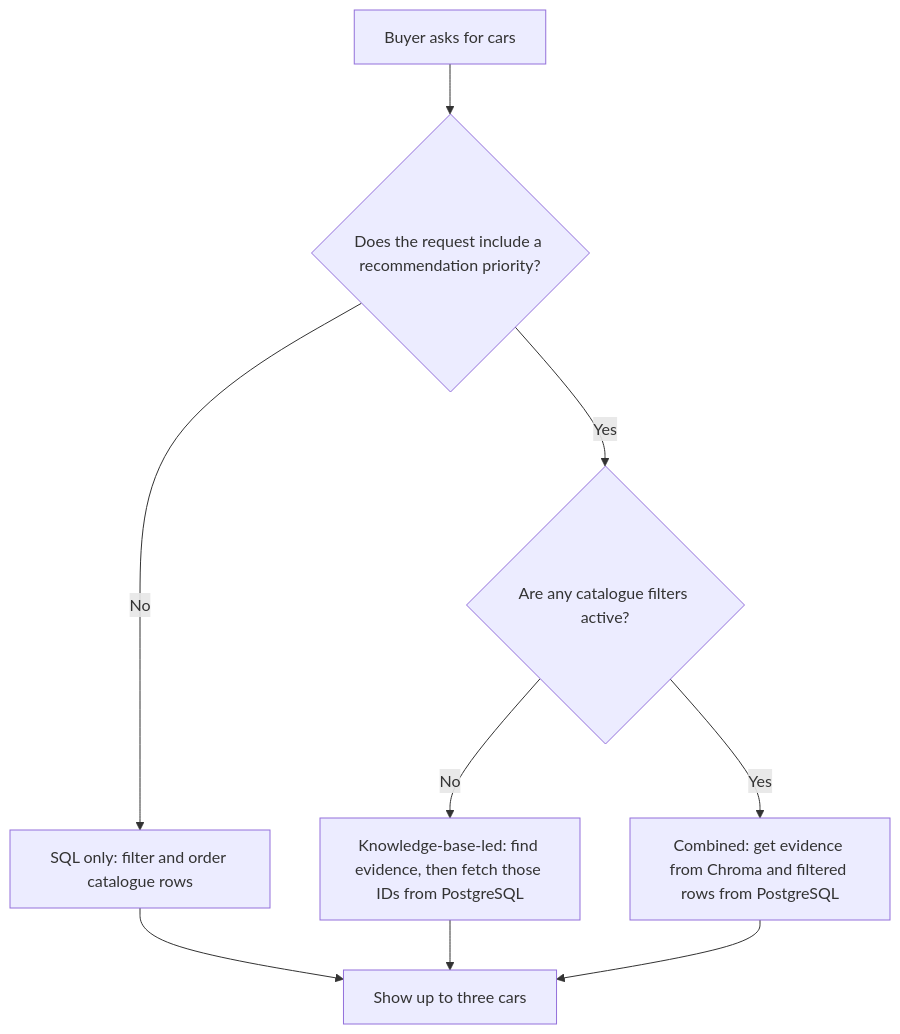
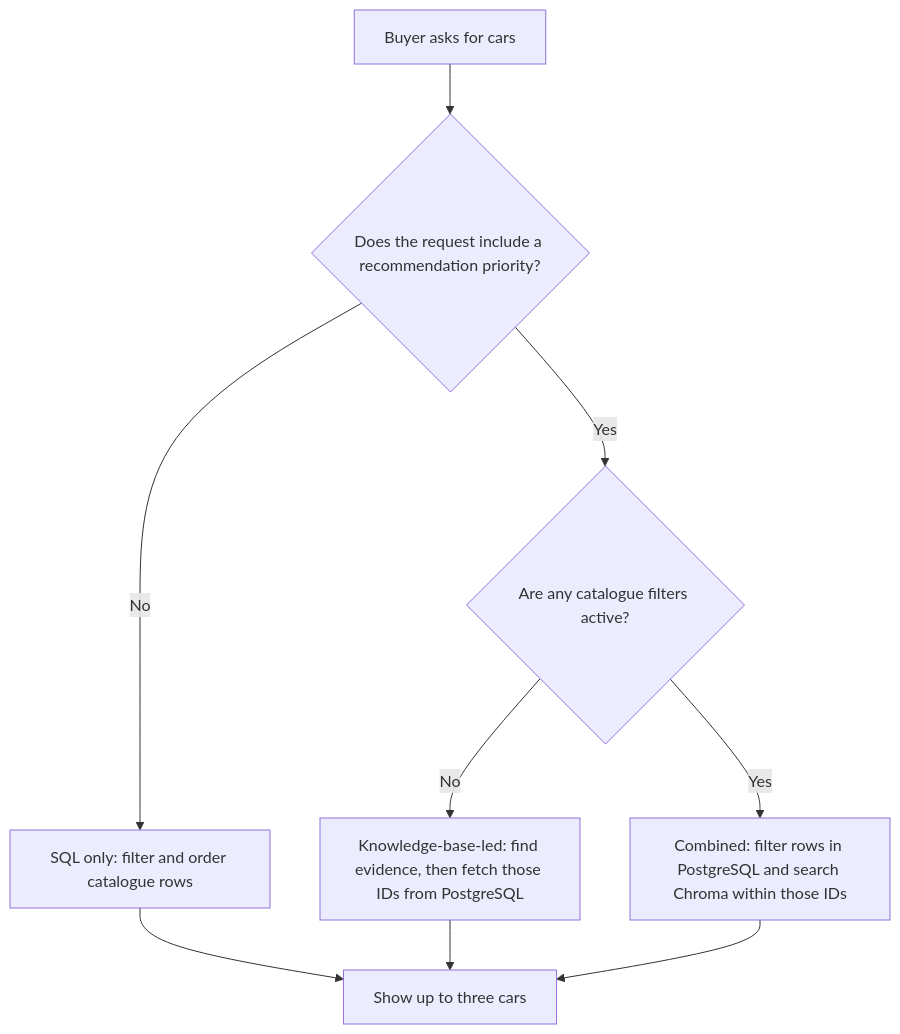
Before and after one commit to JeffreyGian-code/Aurion-Agentic-Sales_Assistant: the second of 3 diagrams in docs/system-architecture-and-rag.md, drawn with Mermaid. The commit also changed other lines of this file and 17 other files, not shown here.

````diff
--- a/docs/system-architecture-and-rag.md
+++ b/docs/system-architecture-and-rag.md
@@ -38,11 +39,11 @@
 ```mermaid
 flowchart TD
     Request["Buyer asks for cars"] --> Priority{"Does the request include a recommendation priority?"}
     Priority -->|"No"| SQL["SQL only: filter and order catalogue rows"]
     Priority -->|"Yes"| Filters{"Are any catalogue filters active?"}
     Filters -->|"No"| KB["Knowledge-base-led: find evidence, then fetch those IDs from PostgreSQL"]
-    Filters -->|"Yes"| Both["Combined: get evidence from Chroma and filtered rows from PostgreSQL"]
+    Filters -->|"Yes"| Both["Combined: filter rows in PostgreSQL and search Chroma within those IDs"]
     SQL --> Reply["Show up to three cars"]
     KB --> Reply
     Both --> Reply
 ```
````
